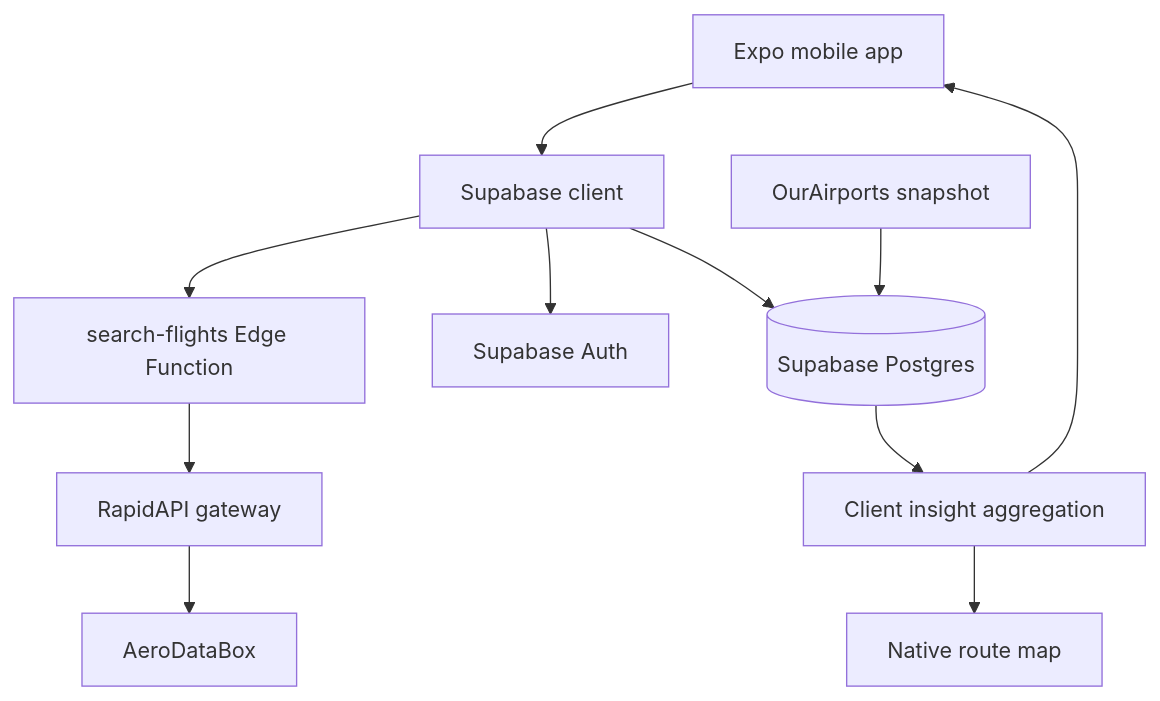
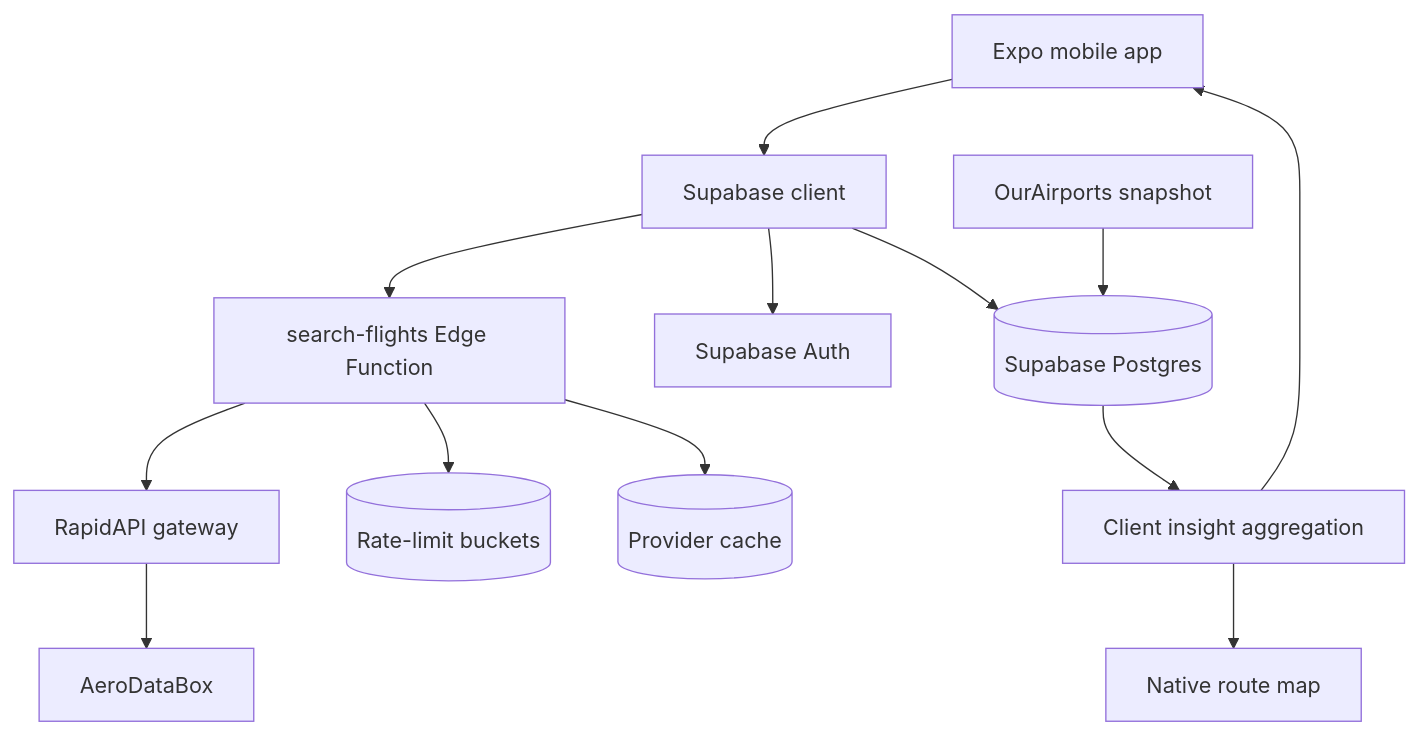
Before and after one commit to jacekasen/flight-tracker: the first of 3 diagrams in docs/DESIGN.md, drawn with Mermaid. The commit also changed other lines of this file and 17 other files, not shown here.

````diff
--- a/docs/DESIGN.md
+++ b/docs/DESIGN.md
@@ -65,24 +68,28 @@
 ```mermaid
 flowchart TD
   mobile[Expo mobile app]
   client[Supabase client]
   edge[search-flights Edge Function]
   rapid[RapidAPI gateway]
   provider[AeroDataBox]
   auth[Supabase Auth]
   database[(Supabase Postgres)]
+  limits[(Rate-limit buckets)]
+  cache[(Provider cache)]
   airportData[OurAirports snapshot]
   insights[Client insight aggregation]
   map[Native route map]
 
   mobile --> client
   client --> edge
+  edge --> limits
+  edge --> cache
   edge --> rapid
   rapid --> provider
   client --> auth
   client --> database
   airportData --> database
   database --> insights
   insights --> map
   insights --> mobile
 ```
````
